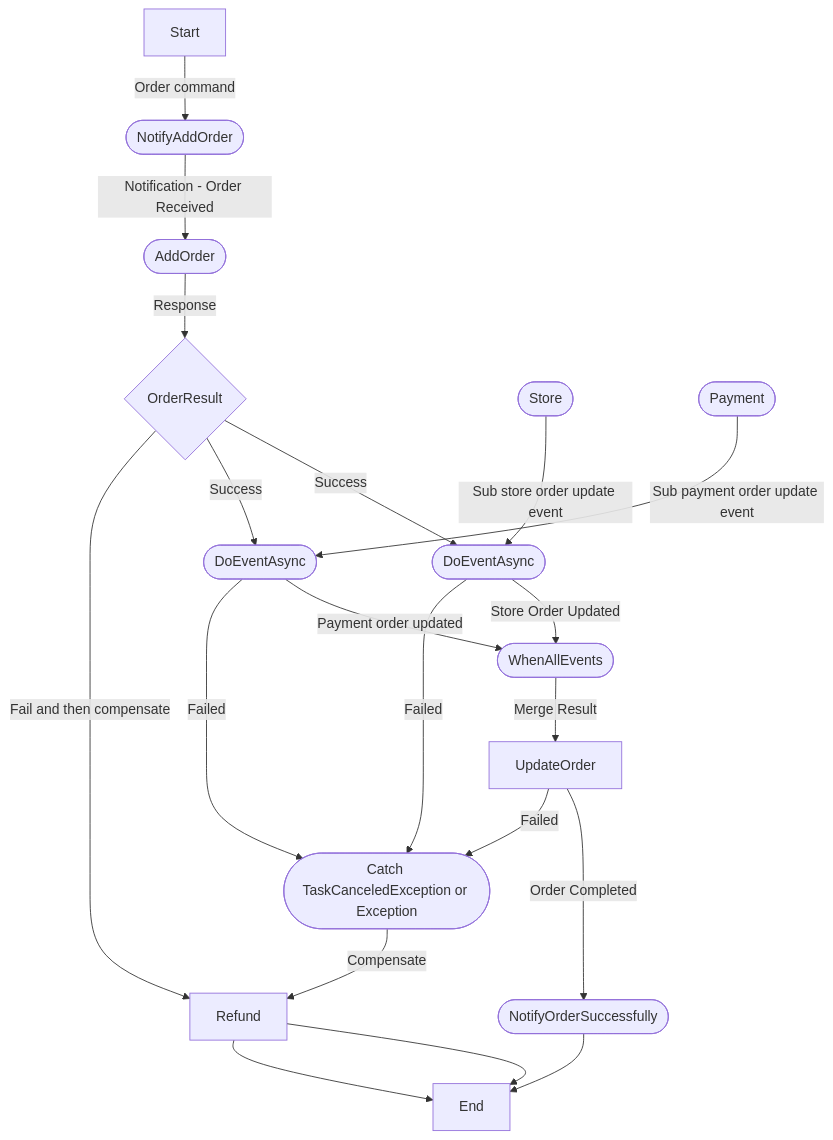
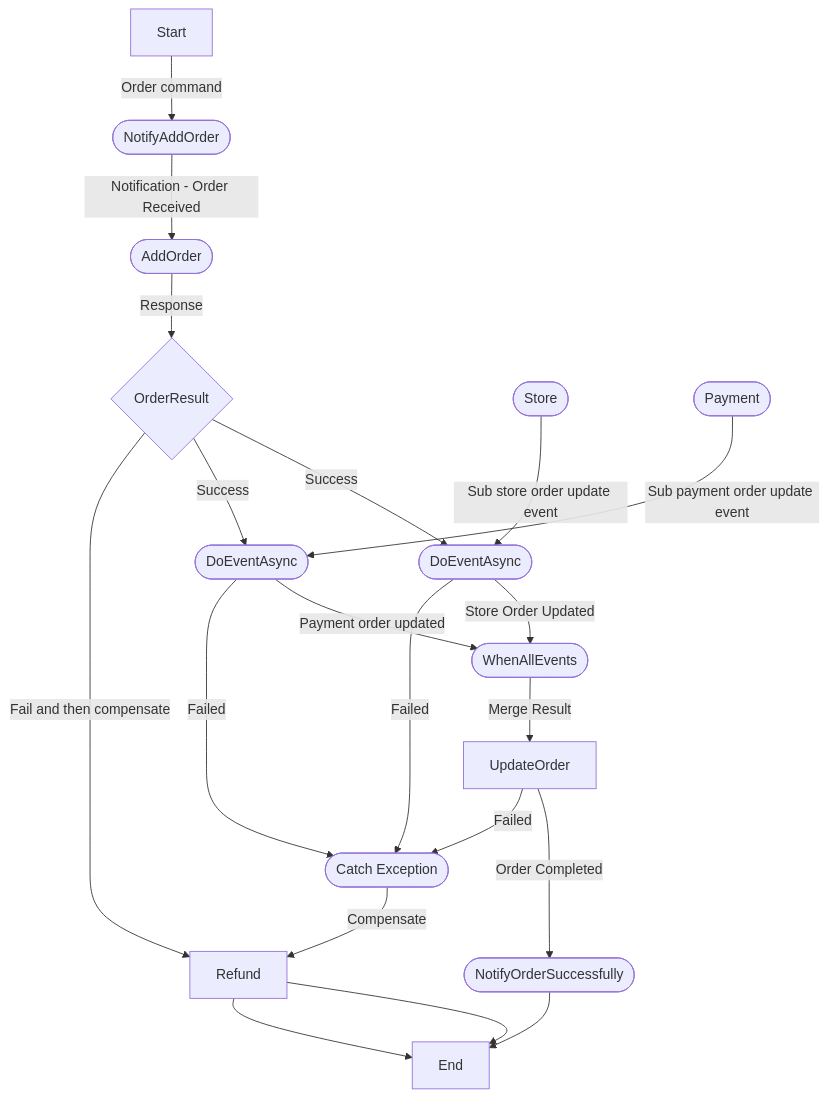
Before and after one commit to luuthuong/e-shop-microservices: the diagram in README.md, drawn with Mermaid.

````diff
--- a/README.md
+++ b/README.md
@@ -7,34 +7,34 @@
 ```mermaid
 graph TB
 	A[Start]
     A1([NotifyAddOrder])
     B([AddOrder])
     C{OrderResult}
     
     STORE([Store])
     PAYMENT([Payment])
     D([DoEventAsync])
     E([DoEventAsync])
     F([WhenAllEvents])
     G[UpdateOrder]
     G1([NotifyOrderSuccessfully])
-    Exception([Catch TaskCanceledException or Exception])
+    Exception([Catch Exception])
     H[Refund]
     I[End]
 
     A --> |"Order command"| A1
     A1 --> |"Notification - Order Received"| B
     B --> |"Response"| C
     C --> |"Success"| D -->|"Store Order Updated"| F
     STORE --> |"Sub store order update event"| D
     C --> |"Success"| E -->|"Payment order updated"| F
     PAYMENT --> |"Sub payment order update event"| E
     F --> |"Merge Result"| G --> |"Order Completed"| G1
     C --> |"Fail and then compensate"| H
     D --> |"Failed"| Exception 
     E --> |"Failed"| Exception 
     G --> |"Failed"| Exception 
 	Exception --> |"Compensate"| H --> I
     G1 --> I
     H --> I
 ```
````
